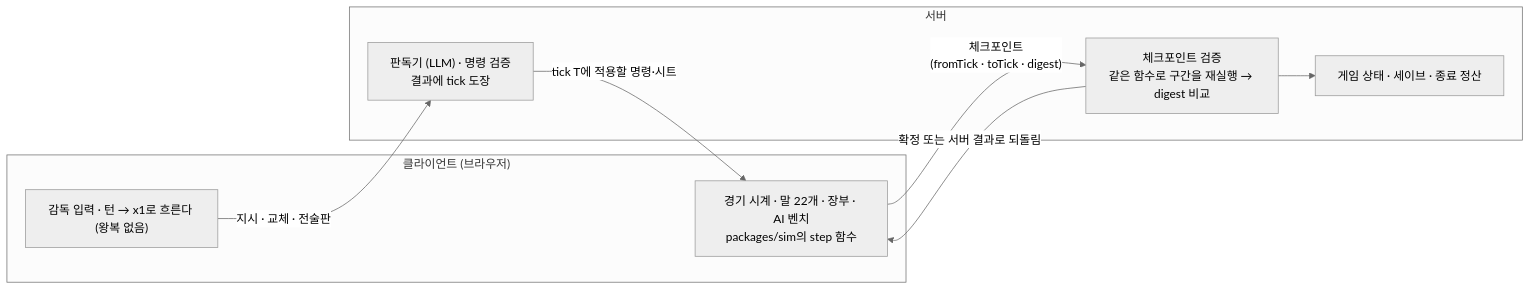
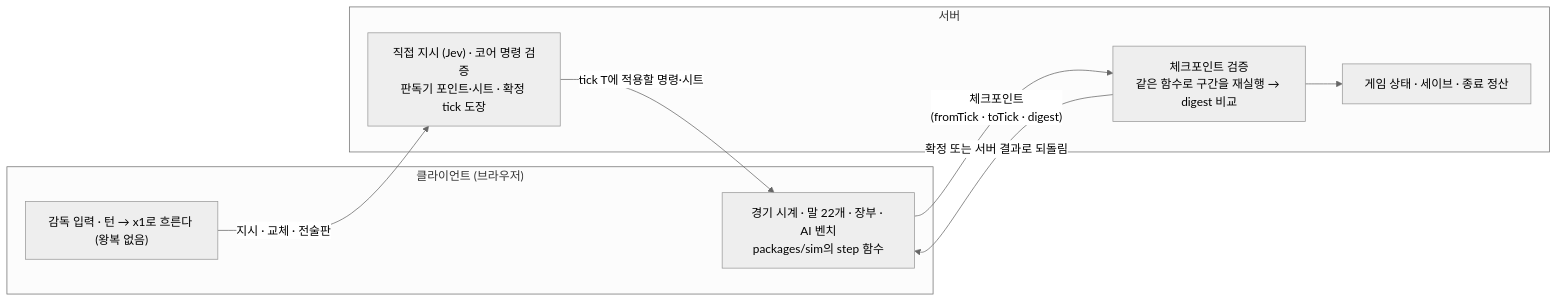
Before and after one commit to dhoonjang/gaffer: the second of 2 diagrams in docs/match/live-match.md, drawn with Mermaid (neutral theme). The commit also changed other lines of this file and 7 other files, not shown here.

Commit message:
docs(llm): define Jev instructions and experience agent responsibilities

````diff
--- a/docs/match/live-match.md
+++ b/docs/match/live-match.md
@@ -491,17 +494,17 @@
 ```mermaid
 flowchart LR
   subgraph C["클라이언트 (브라우저)"]
     CL["경기 시계 · 말 22개 · 장부 · AI 벤치<br/>packages/sim의 step 함수"]
     PZ["감독 입력 · 턴 → x1로 흐른다 (왕복 없음)"]
   end
   subgraph S["서버"]
     VF["체크포인트 검증<br/>같은 함수로 구간을 재실행 → digest 비교"]
     ST["게임 상태 · 세이브 · 종료 정산"]
-    LM["판독기 (LLM) · 명령 검증<br/>결과에 tick 도장"]
+    LM["직접 지시 (Jev) · 코어 명령 검증<br/>판독기 포인트·시트 · 확정 tick 도장"]
   end
   CL -->|"체크포인트<br/>(fromTick · toTick · digest)"| VF
   VF -->|"확정 또는 서버 결과로 되돌림"| CL
   PZ -->|"지시 · 교체 · 전술판"| LM
   LM -->|"tick T에 적용할 명령·시트"| CL
   VF --> ST
 ```
````
